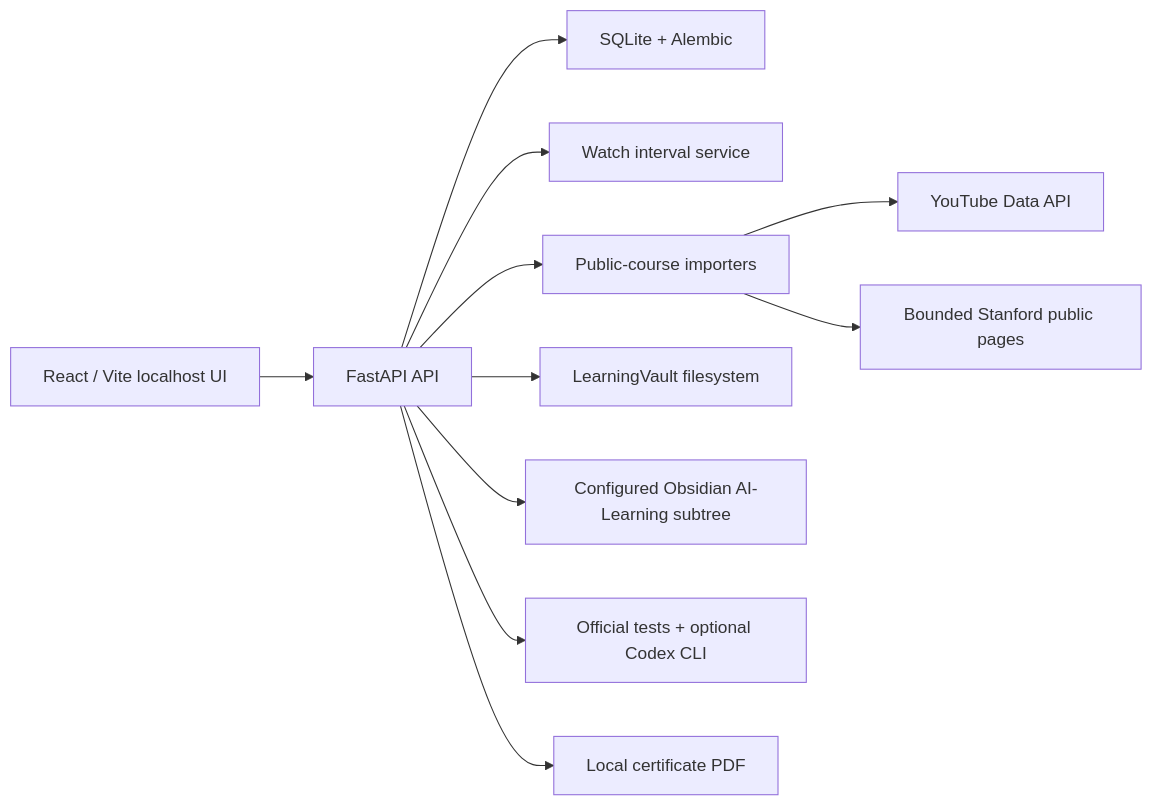
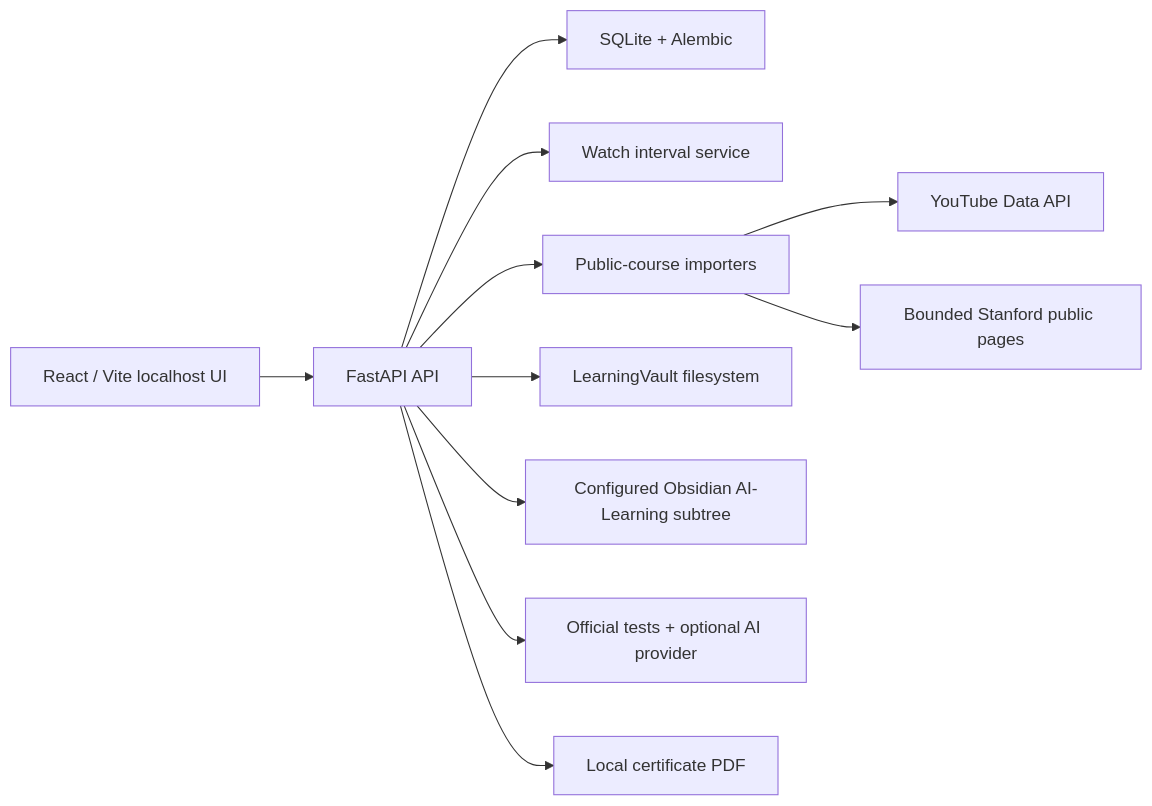
The diagram in docs/ARCHITECTURE.md (athlonk8/syllabloom), drawn with Mermaid before and after one commit. The commit also changed other lines of this file and 40 other files, not shown here.

````diff
--- a/docs/ARCHITECTURE.md
+++ b/docs/ARCHITECTURE.md
@@ -3,13 +3,13 @@
 ```mermaid
 flowchart LR
   UI["React / Vite localhost UI"] --> API["FastAPI API"]
   API --> DB["SQLite + Alembic"]
   API --> WV["Watch interval service"]
   API --> IMP["Public-course importers"]
   API --> VAULT["LearningVault filesystem"]
   API --> OBS["Configured Obsidian AI-Learning subtree"]
-  API --> GRADE["Official tests + optional Codex CLI"]
+  API --> GRADE["Official tests + optional AI provider"]
   API --> PDF["Local certificate PDF"]
   IMP --> YT["YouTube Data API"]
   IMP --> STAN["Bounded Stanford public pages"]
 ```
````
